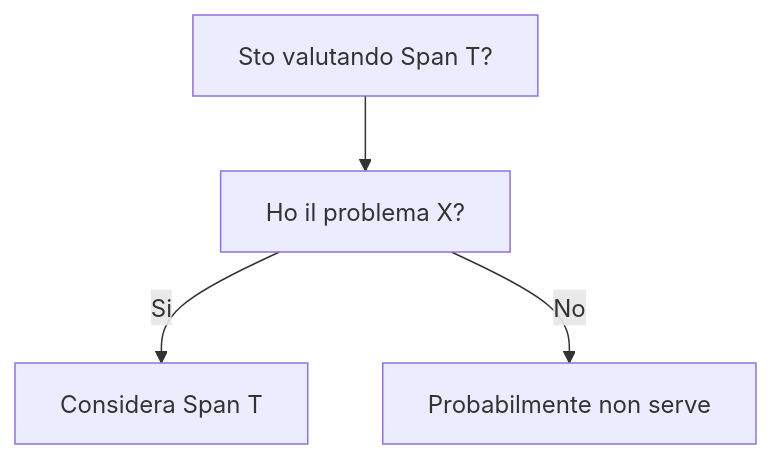
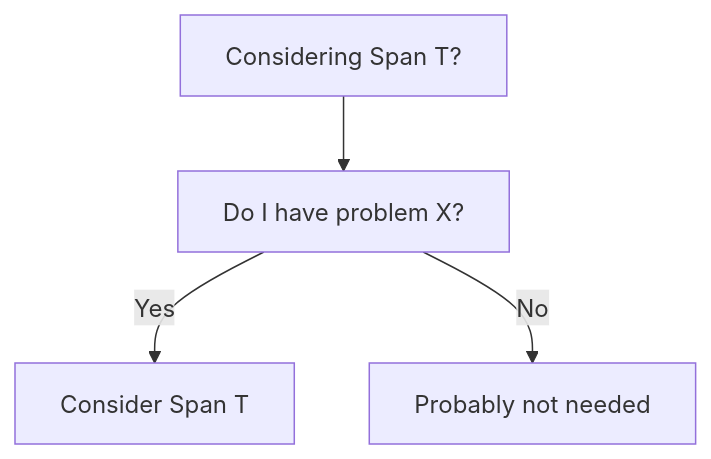
The diagram in dev-wiki/14_Languages/CSharp/Span_T/When_To_Use.md (HxT9/Software-Dev-Wiki), drawn with Mermaid before and after one commit. The commit also changed other lines of this file and 3444 other files, not shown here.

````diff
--- a/dev-wiki/14_Languages/CSharp/Span_T/When_To_Use.md
+++ b/dev-wiki/14_Languages/CSharp/Span_T/When_To_Use.md
@@ -19,6 +19,6 @@
 ```mermaid
 flowchart TD
-  Q[Sto valutando Span T?] --> Q1[Ho il problema X?]
-  Q1 -->|Si| OK[Considera Span T]
-  Q1 -->|No| NO[Probabilmente non serve]
+  Q[Considering Span T?] --> Q1[Do I have problem X?]
+  Q1 -->|Yes| OK[Consider Span T]
+  Q1 -->|No| NO[Probably not needed]
 ```
````
